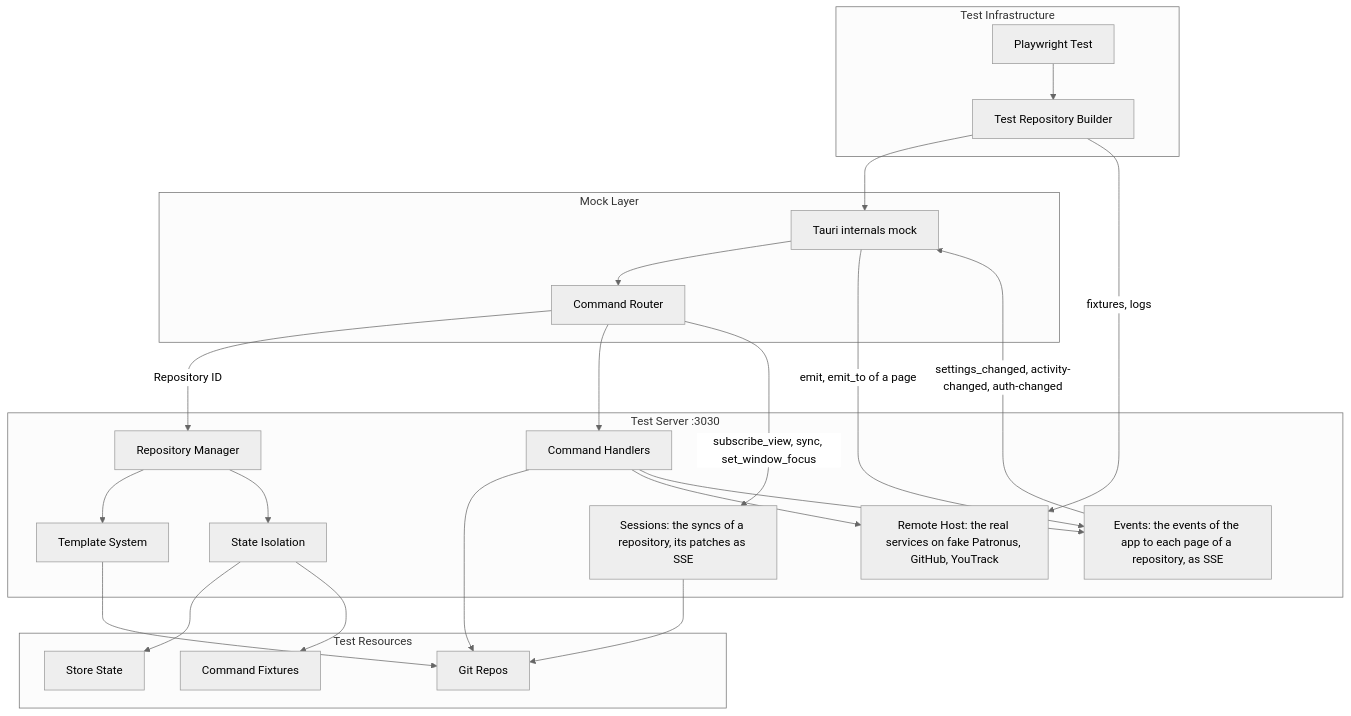
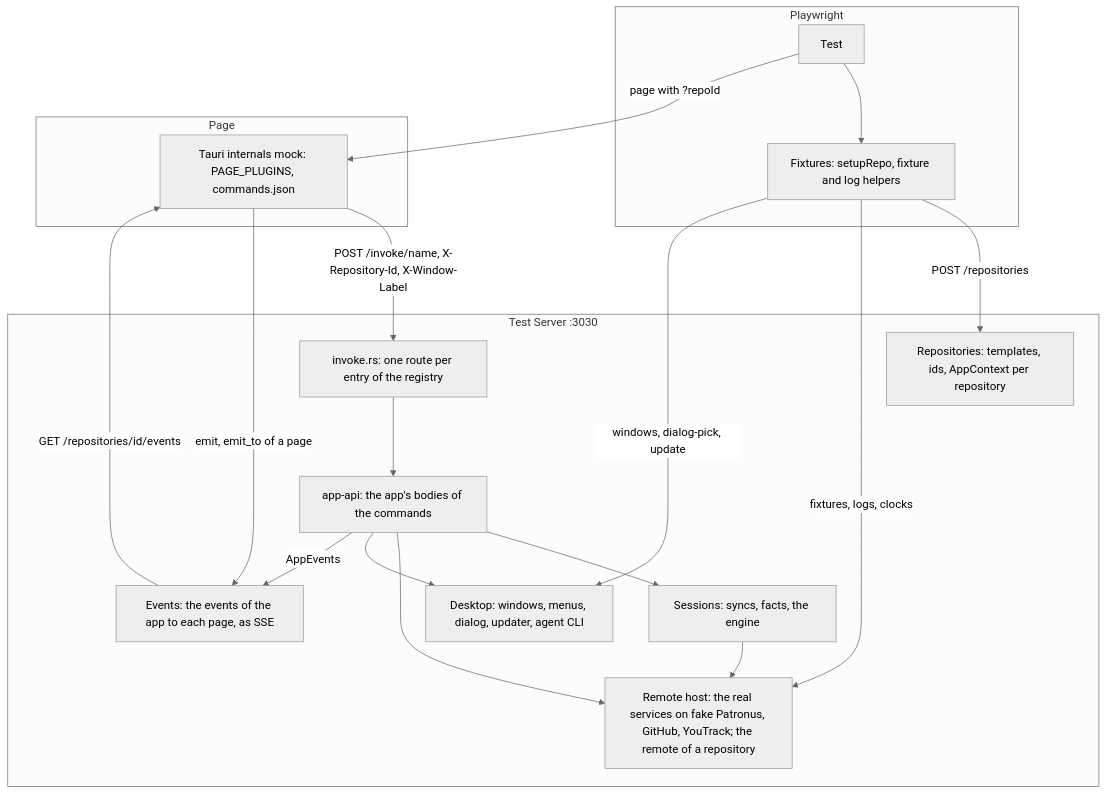
One commit to develar/branch-deck changed the first of 2 diagrams in docs/design/e2e-testing.md. Above: the diagram before and after it, drawn with Mermaid (neutral theme). The commit also changed other lines of this file and 29 other files, not shown here.

````diff
--- a/docs/design/e2e-testing.md
+++ b/docs/design/e2e-testing.md
@@ -21,47 +28,36 @@
 ```mermaid
 flowchart TB
-    subgraph "Test Infrastructure"
-        A[Playwright Test]
-        B[Test Repository Builder]
+    subgraph "Playwright"
+        A[Test]
+        B[Fixtures: setupRepo, fixture and log helpers]
     end
-    
-    subgraph "Mock Layer"
-        C[Tauri internals mock]
-        D[Command Router]
+
+    subgraph "Page"
+        C[Tauri internals mock: PAGE_PLUGINS, commands.json]
     end
-    
+
     subgraph "Test Server :3030"
-        E[Repository Manager]
-        F[Template System]
-        G[State Isolation]
-        H[Command Handlers]
-        L[Remote Host: the real services on fake Patronus, GitHub, YouTrack]
-        S[Sessions: the syncs of a repository, its patches as SSE]
-        EV[Events: the events of the app to each page of a repository, as SSE]
+        R[Repositories: templates, ids, AppContext per repository]
+        I[invoke.rs: one route per entry of the registry]
+        AP[app-api: the app's bodies of the commands]
+        S[Sessions: syncs, facts, the engine]
+        L[Remote host: the real services on fake Patronus, GitHub, YouTrack; the remote of a repository]
+        EV[Events: the events of the app to each page, as SSE]
+        D[Desktop: windows, menus, dialog, updater, agent CLI]
     end
-    
-    subgraph "Test Resources"
-        I[Git Repos]
-        J[Store State]
-        K[Command Fixtures]
-    end
-    
+
     A --> B
-    B --> C
-    C --> D
-    D -->|Repository ID| E
-    E --> F
-    F --> I
-    E --> G
-    G --> J
-    G --> K
-    D --> H
-    H --> I
-    H --> L
-    D -->|subscribe_view, sync, set_window_focus| S
-    S --> I
-    H --> EV
-    EV -->|settings_changed, activity-changed, auth-changed| C
+    B -->|POST /repositories| R
+    B -->|fixtures, logs, clocks| L
+    B -->|windows, dialog-pick, update| D
+    A -->|page with ?repoId| C
+    C -->|POST /invoke/name, X-Repository-Id, X-Window-Label| I
+    I --> AP
+    AP --> S
+    AP --> L
+    AP --> D
+    S --> L
+    AP -->|AppEvents| EV
+    EV -->|GET /repositories/id/events| C
     C -->|emit, emit_to of a page| EV
-    B -->|fixtures, logs| L
 ```
````
